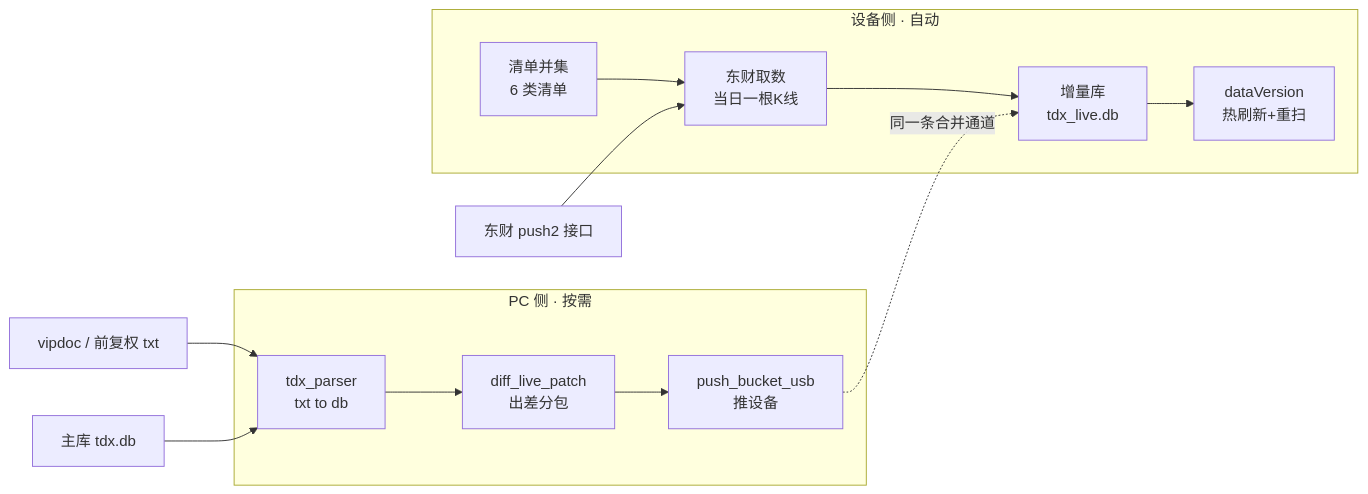
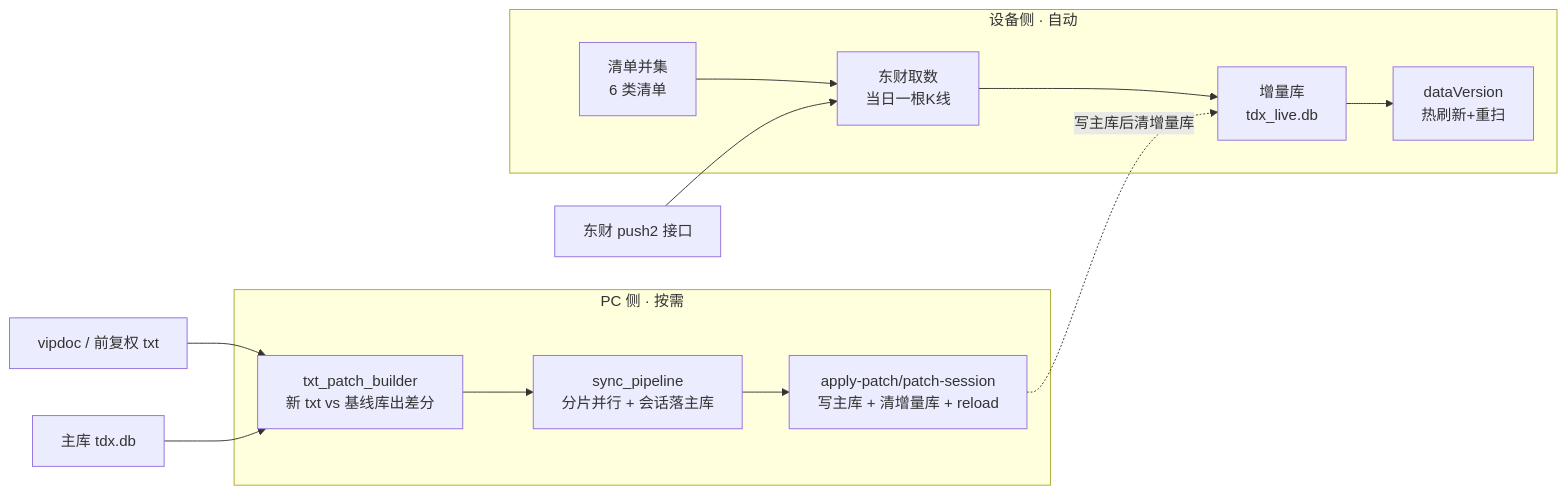
One commit to SunChuquin/Kline changed the first of 2 diagrams in .trae/documents/live-sync/modules/行情同步架构总览.md. Above: the diagram before and after it, drawn with Mermaid. The commit also changed other lines of this file and 9 other files, not shown here.

Commit message:
docs(live-sync): 审计修正——补丁五表契约、推荐路径改为流水线、补五组日志与端点、收录 20260923 决策与陷阱

````diff
--- a/.trae/documents/live-sync/modules/行情同步架构总览.md
+++ b/.trae/documents/live-sync/modules/行情同步架构总览.md
@@ -17,16 +17,16 @@
 ```mermaid
 flowchart LR
     subgraph DEV[设备侧 · 自动]
         A[清单并集<br/>6 类清单] --> B[东财取数<br/>当日一根K线]
         B --> C[增量库<br/>tdx_live.db]
         C --> D[dataVersion<br/>热刷新+重扫]
     end
     subgraph PC[PC 侧 · 按需]
-        E[tdx_parser<br/>txt to db] --> F[diff_live_patch<br/>出差分包]
-        F --> G[push_bucket_usb<br/>推设备]
+        E[txt_patch_builder<br/>新 txt vs 基线库出差分] --> F[sync_pipeline<br/>分片并行 + 会话落主库]
+        F --> G[apply-patch/patch-session<br/>写主库 + 清增量库 + reload]
     end
     H[东财 push2 接口] --> B
     I[vipdoc / 前复权 txt] --> E
     J[主库 tdx.db] --> E
-    G -.同一条合并通道.-> C
+    G -.写主库后清增量库.-> C
 ```
````
